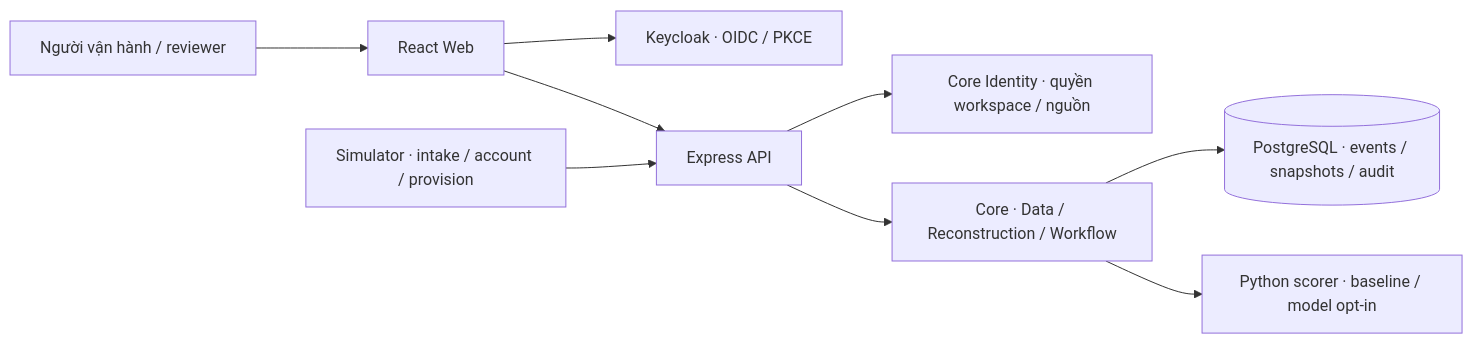
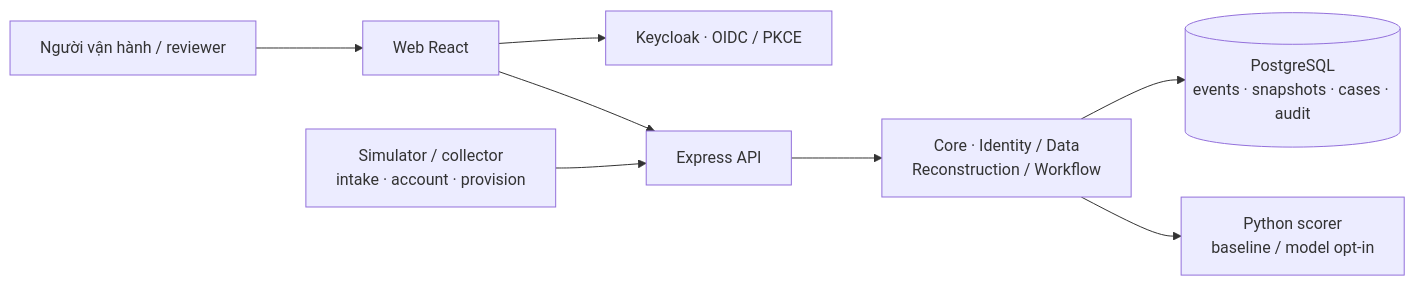
Before and after one commit to HaUI-HIT-Tam-Thai-T/TraceWeaver: the diagram in README.md, drawn with Mermaid. The commit also changed other lines of this file and 1 other file, not shown here.

````diff
--- a/README.md
+++ b/README.md
@@ -44,11 +55,10 @@
 ```mermaid
 flowchart LR
-  User["Người vận hành / reviewer"] --> Web["React Web"]
-  Web --> IdP["Keycloak · OIDC / PKCE"]
-  Web --> API["Express API"]
-  API --> Identity["Core Identity · quyền workspace / nguồn"]
-  API --> Engine["Core · Data / Reconstruction / Workflow"]
-  Engine --> DB[("PostgreSQL · events / snapshots / audit")]
-  Engine --> Scorer["Python scorer · baseline / model opt-in"]
-  Sim["Simulator · intake / account / provision"] --> API
+  U["Người vận hành / reviewer"] --> FE["Web React"]
+  FE --> SSO["Keycloak · OIDC / PKCE"]
+  FE --> API["Express API"]
+  SIM["Simulator / collector<br/>intake · account · provision"] --> API
+  API --> CORE["Core · Identity / Data<br/>Reconstruction / Workflow"]
+  CORE --> DB[("PostgreSQL<br/>events · snapshots · cases · audit")]
+  CORE --> AI["Python scorer<br/>baseline / model opt-in"]
 ```
````
